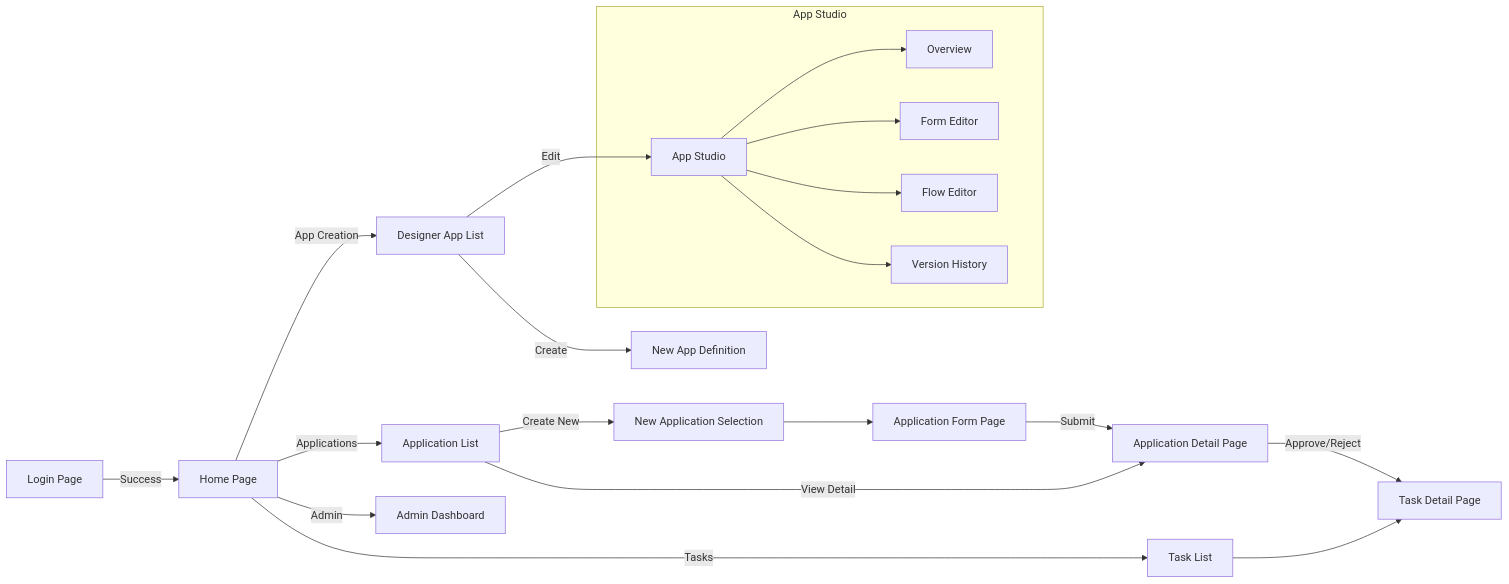
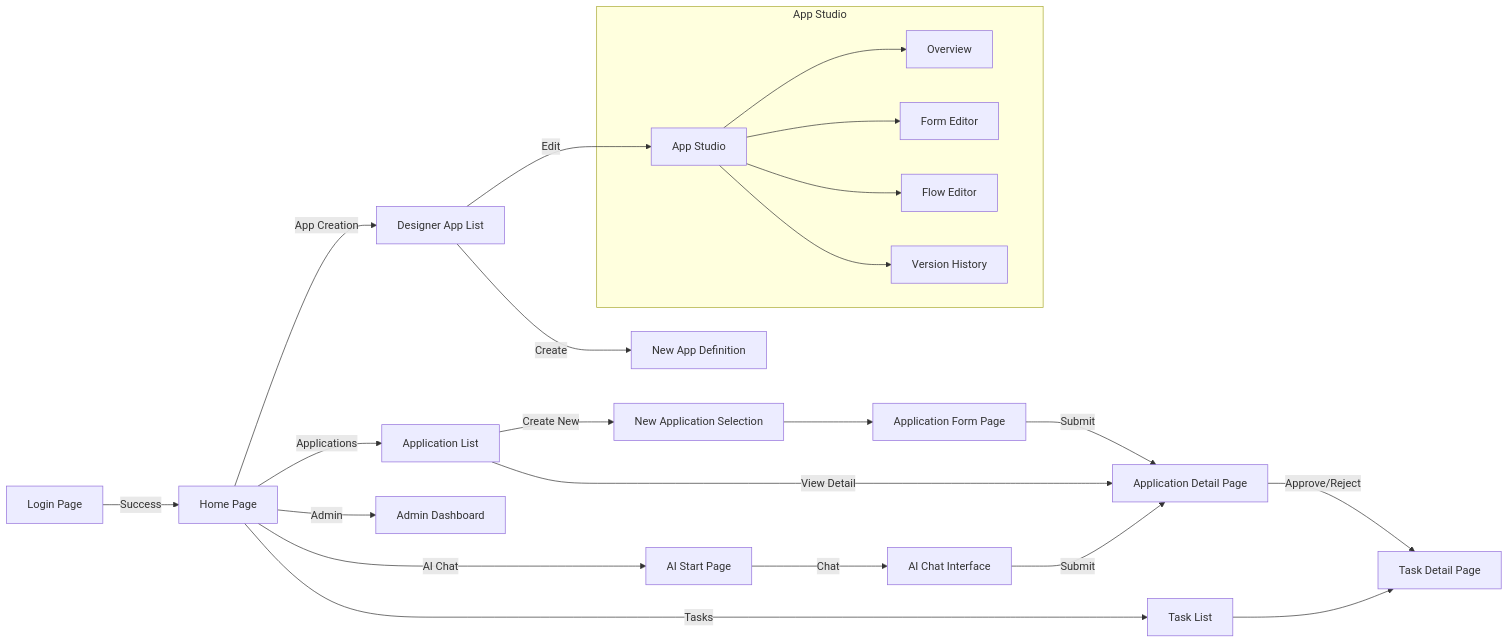
One commit to kenichi-33/flow-craft changed the diagram in frontend/docs/screen_transitions.md. Above: the diagram before and after it, drawn with Mermaid. The commit also changed other lines of this file and 9 other files, not shown here.

````diff
--- a/frontend/docs/screen_transitions.md
+++ b/frontend/docs/screen_transitions.md
@@ -5,29 +5,33 @@
 ```mermaid
 graph LR
     Login[Login Page] -->|Success| Dashboard[Home Page]
     
     Dashboard -->|Applications| AppList[Application List]
     
     AppList -->|Create New| SelectApp[New Application Selection]
     SelectApp --> NewApp[Application Form Page]
     NewApp -->|Submit| AppDetail[Application Detail Page]
     
     AppList -->|View Detail| AppDetail
     AppDetail -->|Approve/Reject| TaskExecute[Task Detail Page]
     
     Dashboard -->|Tasks| TaskList[Task List]
     TaskList --> TaskExecute
     
     Dashboard -->|App Creation| DesignerApps[Designer App List]
     DesignerApps -->|Create| DesignerNew[New App Definition]
     DesignerApps -->|Edit| AppStudioLayout[App Studio]
+
+    Dashboard -->|AI Chat| AiStart[AI Start Page]
+    AiStart -->|Chat| AiChat[AI Chat Interface]
+    AiChat -->|Submit| AppDetail
     
     subgraph App Studio
         AppStudioLayout --> DesignerOverview[Overview]
         AppStudioLayout --> FormEdit[Form Editor]
         AppStudioLayout --> FlowEdit[Flow Editor]
         AppStudioLayout --> Versions[Version History]
     end
     
     Dashboard -->|Admin| AdminDash[Admin Dashboard]
 ```
````
